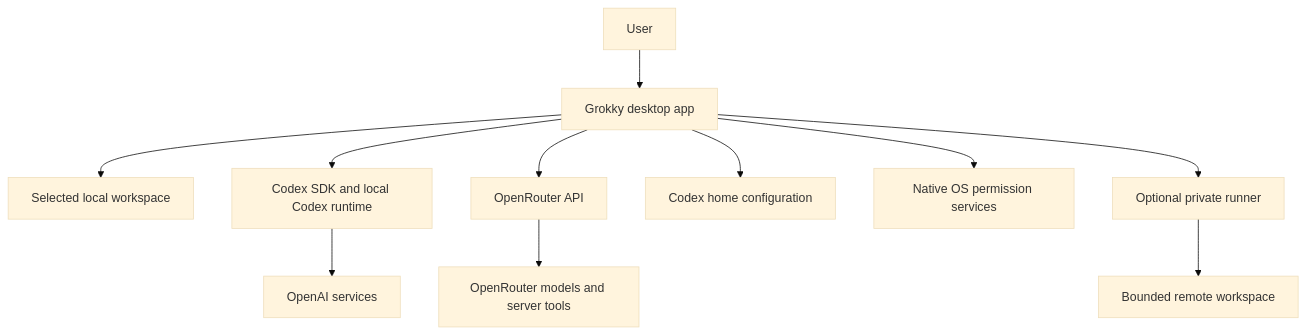
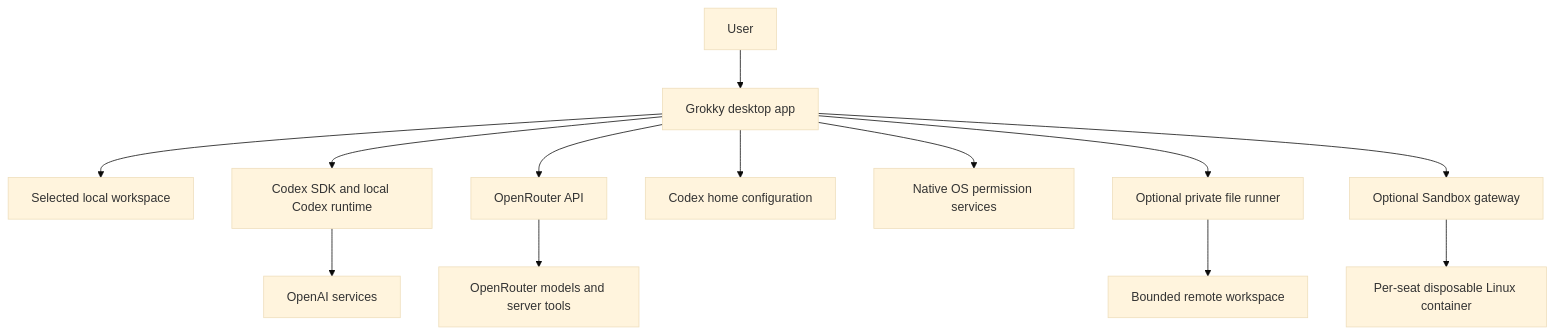
Before and after one commit to earlyaidopters/grokky: the first of 12 diagrams in docs/ARCHITECTURE.md, drawn with Mermaid (base theme). The commit also changed other lines of this file and 60 other files, not shown here.

````diff
--- a/docs/ARCHITECTURE.md
+++ b/docs/ARCHITECTURE.md
@@ -7,14 +7,16 @@
 ```mermaid
 flowchart TB
   USER[User] --> APP[Grokky desktop app]
   APP --> WORKSPACE[Selected local workspace]
   APP --> CODEX[Codex SDK and local Codex runtime]
   APP --> OPENROUTER[OpenRouter API]
   APP --> CODEXHOME[Codex home configuration]
   APP --> OS[Native OS permission services]
-  APP --> RUNNER[Optional private runner]
+  APP --> RUNNER[Optional private file runner]
+  APP --> GATEWAY[Optional Sandbox gateway]
 
   CODEX --> OPENAI[OpenAI services]
   OPENROUTER --> MODELS[OpenRouter models and server tools]
   RUNNER --> REMOTEWORKSPACE[Bounded remote workspace]
+  GATEWAY --> SEATVM[Per-seat disposable Linux container]
 ```
````
